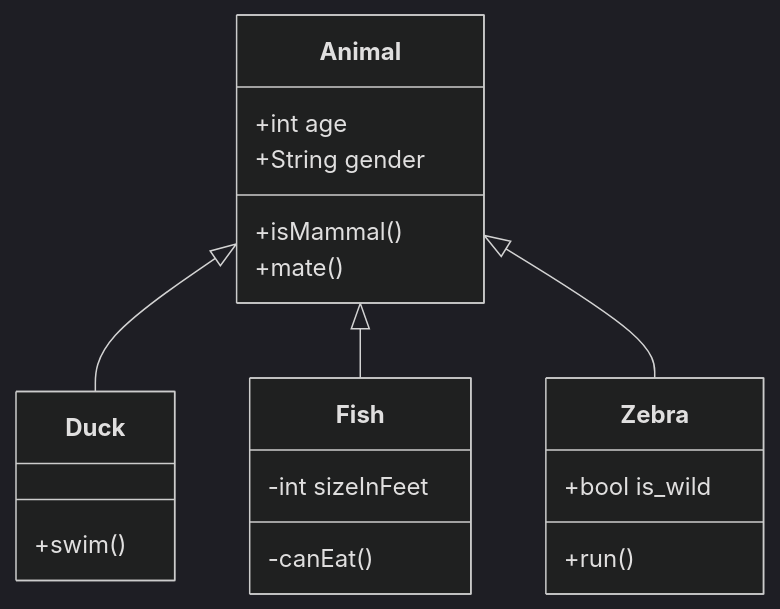
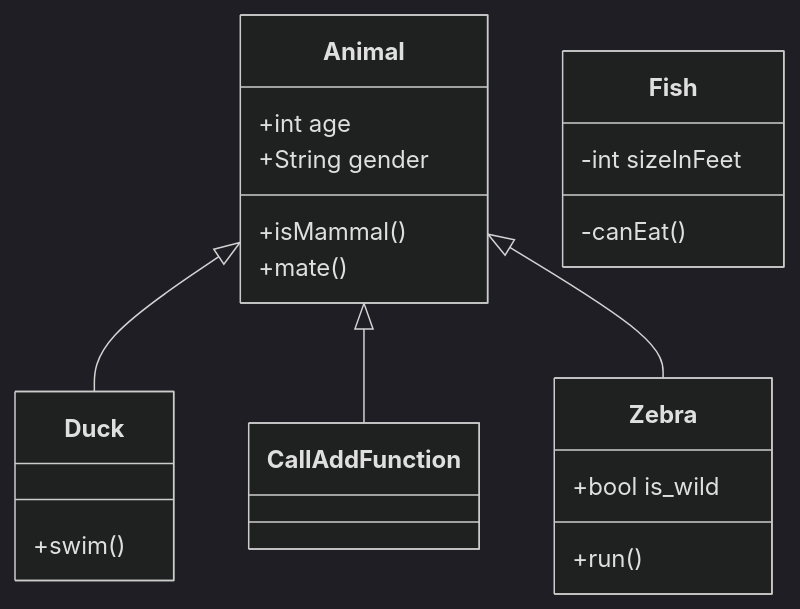
One commit to swimmio/csharp-shaul-test changed the diagram in .swm/mermaid-116-3.m6vdztmi.sw.md. Above: the diagram before and after it, drawn with Mermaid (dark theme). The commit also changed other lines of this file, not shown here.

Commit message:
docs(swimm): update doc: "Mermaid 1.16 3"

````diff
--- a/.swm/mermaid-116-3.m6vdztmi.sw.md
+++ b/.swm/mermaid-116-3.m6vdztmi.sw.md
@@ -9,22 +9,22 @@
 ```mermaid
 classDiagram
 Animal <|-- Duck
-Animal <|-- Fish
+Animal <|-- `CallAddFunction`
 Animal <|-- Zebra
 Animal : +int age
 Animal : +String gender
 Animal: +isMammal()
 Animal: +mate()
 class Duck{
 +swim()
 }
 class Fish{
 \-int sizeInFeet
 \-canEat()
 }
 class Zebra{
 +bool is\_wild
 +run()
 }
 
 ```
````
